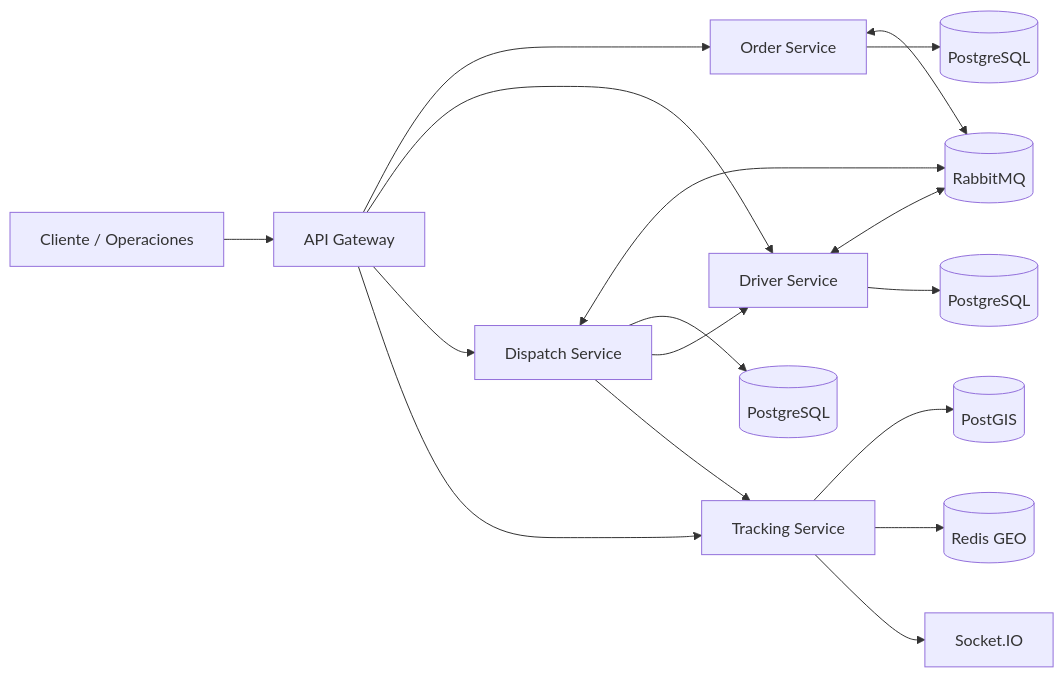
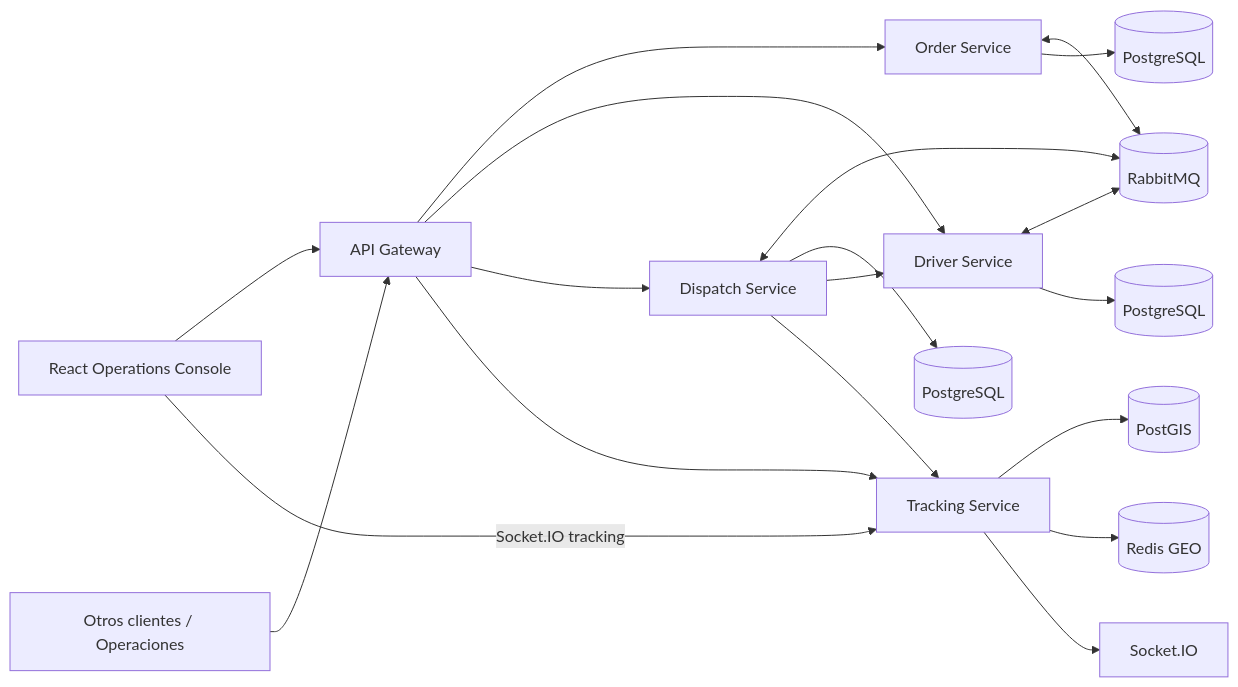
One commit to JoelDiaz93/RouteFast changed the diagram in README.es.md. Above: the diagram before and after it, drawn with Mermaid. The commit also changed other lines of this file and 52 other files, not shown here.

````diff
--- a/README.es.md
+++ b/README.es.md
@@ -29,19 +31,21 @@
 ```mermaid
 flowchart LR
-  Client[Cliente / Operaciones] --> GW[API Gateway]
+  Console[React Operations Console] --> GW[API Gateway]
+  Console -->|Socket.IO tracking| Tracking
+  Client[Otros clientes / Operaciones] --> GW[API Gateway]
   GW --> Order[Order Service]
   GW --> Driver[Driver Service]
   GW --> Dispatch[Dispatch Service]
   GW --> Tracking[Tracking Service]
   Order <--> RMQ[(RabbitMQ)]
   Driver <--> RMQ
   Dispatch <--> RMQ
   Order --> ODB[(PostgreSQL)]
   Driver --> DDB[(PostgreSQL)]
   Dispatch --> XDB[(PostgreSQL)]
   Tracking --> PGIS[(PostGIS)]
   Tracking --> Redis[(Redis GEO)]
   Tracking --> WS[Socket.IO]
   Dispatch --> Driver
   Dispatch --> Tracking
 ```
````
